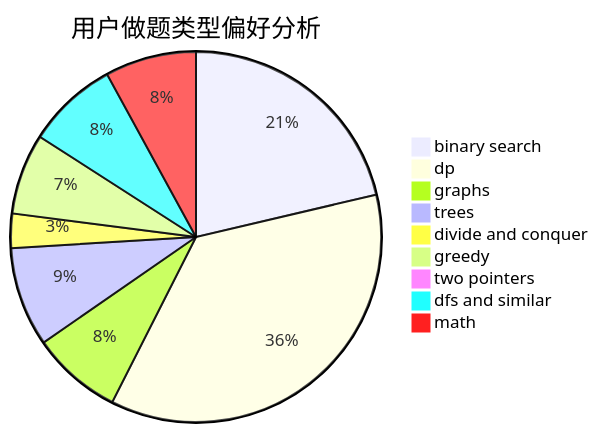
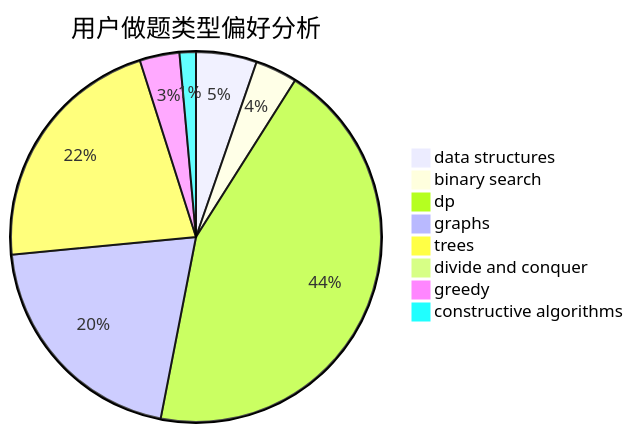
One commit to sherpahu/cfrs.github.io changed the second of 3 diagrams in docs/user/u2710.md. Above: the diagram before and after it, drawn with Mermaid. The commit also changed other lines of this file and 2775 other files, not shown here.

````diff
--- a/docs/user/u2710.md
+++ b/docs/user/u2710.md
@@ -23,12 +23,11 @@
 ```mermaid
 pie title 用户做题类型偏好分析
-    "binary search" :  327
-    "dp" :  554
-    "graphs" :  121
-    "trees" :  133
-    "divide and conquer" :  46
-    "greedy" :  108
-    "two pointers" :  3
-    "dfs and similar" :  122
-    "math" :  122
+    "data structures" :  26
+    "binary search" :  18
+    "dp" :  216
+    "graphs" :  100
+    "trees" :  106
+    "divide and conquer" :  0
+    "greedy" :  17
+    "constructive algorithms" :  7
 ```
````
